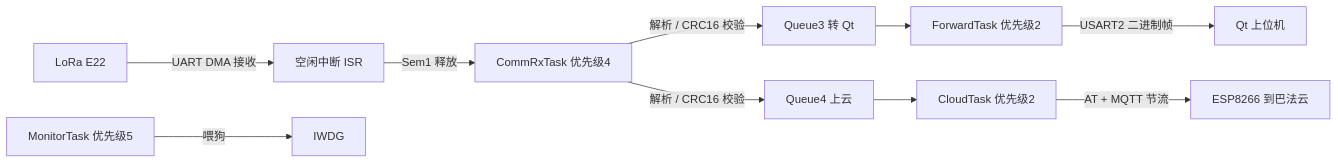
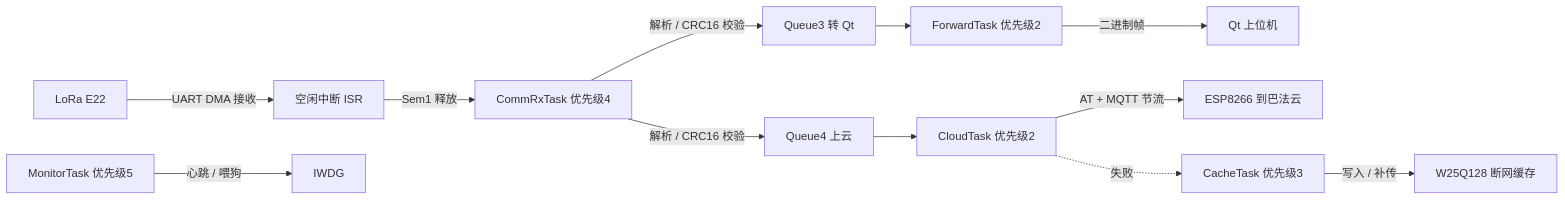
The diagram in S_N_sys/Project_2_数据通信端/数据传输端设计.md (lmh666-yes/Second_Project_Demo), drawn with Mermaid before and after one commit. The commit also changed other lines of this file and 256 other files, not shown here.

````diff
--- a/S_N_sys/Project_2_数据通信端/数据传输端设计.md
+++ b/S_N_sys/Project_2_数据通信端/数据传输端设计.md
@@ -77,12 +186,14 @@
 ```mermaid
 flowchart LR
     A["LoRa E22"] --"UART DMA 接收"--> B["空闲中断 ISR"]
     B --"Sem1 释放"--> C["CommRxTask 优先级4"]
     C --"解析 / CRC16 校验"--> D1["Queue3 转 Qt"]
     C --"解析 / CRC16 校验"--> D2["Queue4 上云"]
     D1 --> E["ForwardTask 优先级2"]
-    E --"USART2 二进制帧"--> F["Qt 上位机"]
+    E --"二进制帧"--> F["Qt 上位机"]
     D2 --> G["CloudTask 优先级2"]
     G --"AT + MQTT 节流"--> H["ESP8266 到巴法云"]
-    I["MonitorTask 优先级5"] --"喂狗"--> J["IWDG"]
+    G -.->|"失败"| K["CacheTask 优先级3"]
+    K --"写入 / 补传"--> L["W25Q128 断网缓存"]
+    I["MonitorTask 优先级5"] --"心跳 / 喂狗"--> J["IWDG"]
 ```
````
